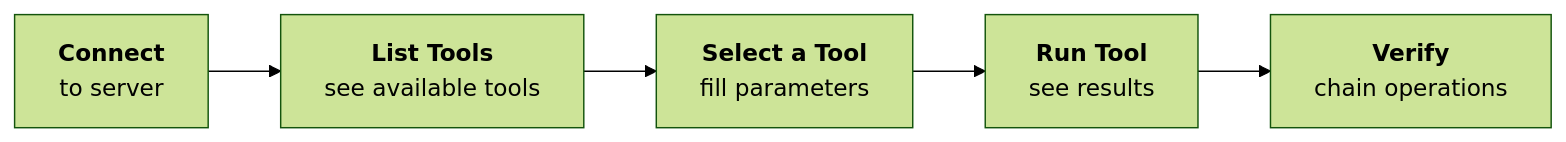
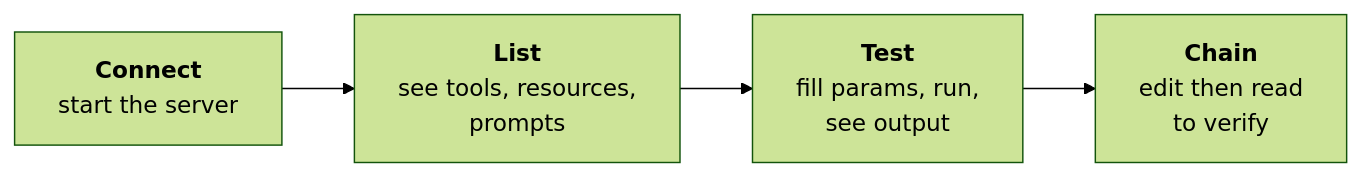
Before and after one commit to shreyabaid007/Claude-Certified-Architect: the eighth of 12 diagrams in 02-Building-with-the-Claude-API/07-Model-Context-Protocol.md, drawn with Mermaid (forest theme). The commit also changed other lines of this file, not shown here.

````diff
--- a/02-Building-with-the-Claude-API/07-Model-Context-Protocol.md
+++ b/02-Building-with-the-Claude-API/07-Model-Context-Protocol.md
@@ -292,7 +398,6 @@
 ```mermaid
 flowchart LR
-    A["<b>Connect</b><br/>to server"] --> B["<b>List Tools</b><br/>see available tools"]
-    B --> C["<b>Select a Tool</b><br/>fill parameters"]
-    C --> D["<b>Run Tool</b><br/>see results"]
-    D --> E["<b>Verify</b><br/>chain operations"]
+    A["<b>Connect</b><br/>start the server"] --> B["<b>List</b><br/>see tools, resources,<br/>prompts"]
+    B --> C["<b>Test</b><br/>fill params, run,<br/>see output"]
+    C --> D["<b>Chain</b><br/>edit then read<br/>to verify"]
 ```
````
